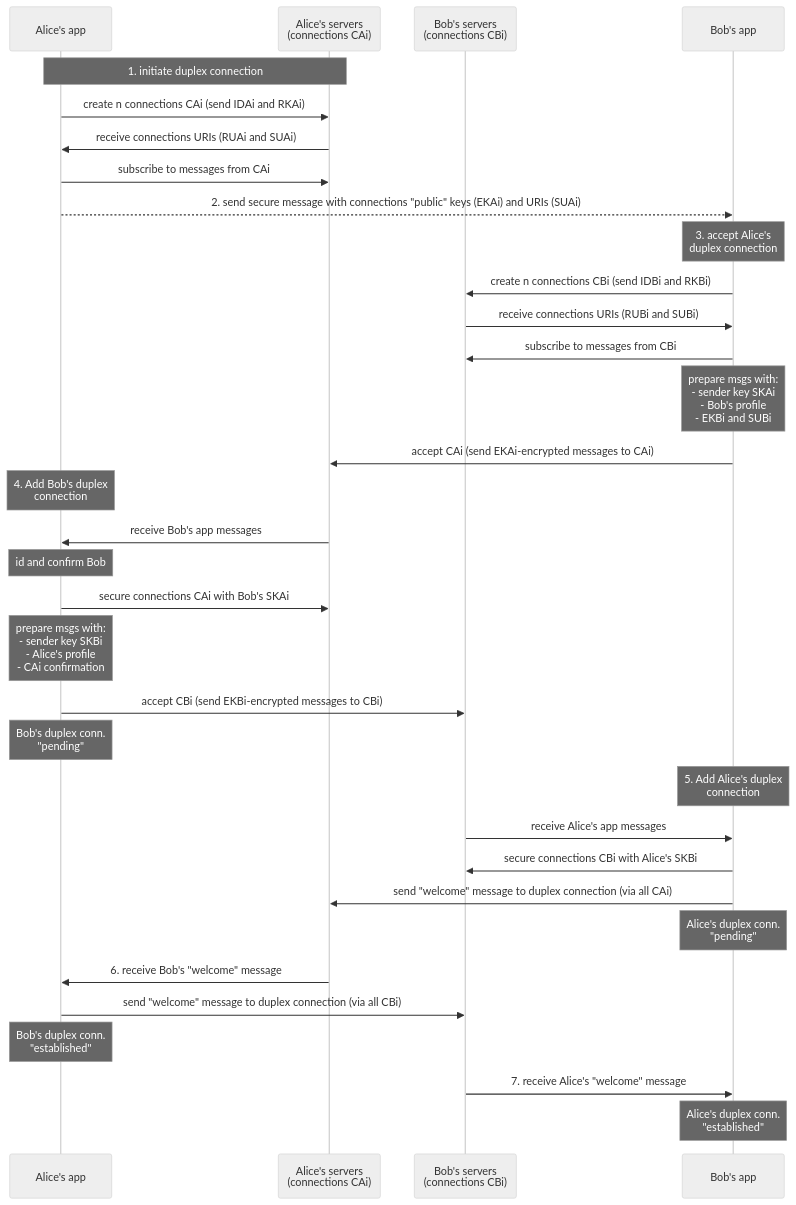
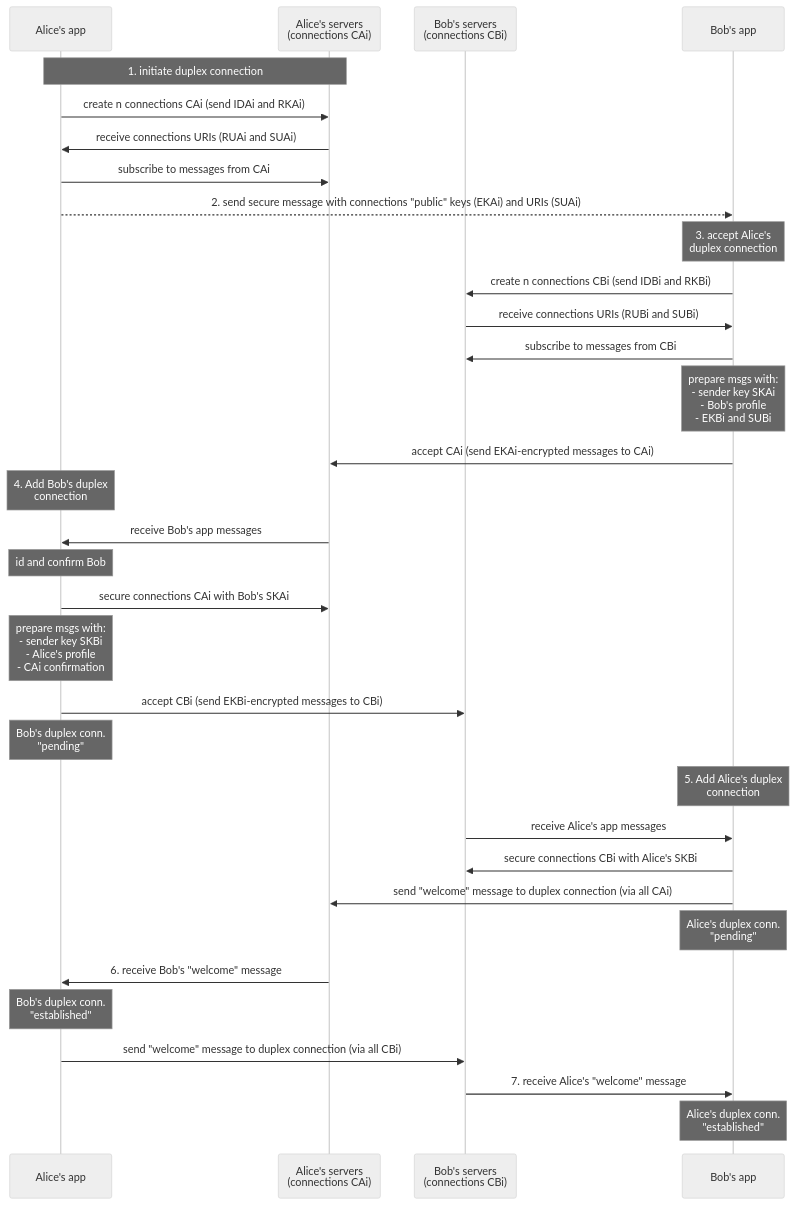
One commit to simplex-chat/simplex-chat changed the diagram in diagrams/graph-chat/duplex-creating.mmd. Above: the diagram before and after it, drawn with Mermaid (neutral theme). The commit also changed other lines of this file and 3 other files, not shown here.

```diff
--- a/diagrams/graph-chat/duplex-creating.mmd
+++ b/diagrams/graph-chat/duplex-creating.mmd
@@ -1,40 +1,40 @@
 sequenceDiagram
   participant A as Alice's app
   participant SA as Alice's servers <br> (connections CAi)
   participant SB as Bob's servers <br> (connections CBi)
   participant B as Bob's app
 
   note over A, SA: 1. initiate duplex connection
   A ->> SA: create n connections CAi (send IDAi and RKAi)
   SA ->> A: receive connections URIs (RUAi and SUAi)
   A ->> SA: subscribe to messages from CAi
 
   A -->> B: 2. send secure message with connections "public" keys (EKAi) and URIs (SUAi)
 
   note over B: 3. accept Alice's <br> duplex connection
   B ->> SB: create n connections CBi (send IDBi and RKBi)
   SB ->> B: receive connections URIs (RUBi and SUBi)
   B ->> SB: subscribe to messages from CBi
   note over B: prepare msgs with: <br> - sender key SKAi <br> - Bob's profile <br> - EKBi and SUBi
   B ->> SA: accept CAi (send EKAi-encrypted messages to CAi)
 
   note over A: 4. Add Bob's duplex <br> connection
   SA ->> A: receive Bob's app messages
   note over A: id and confirm Bob
   A ->> SA: secure connections CAi with Bob's SKAi
   note over A: prepare msgs with: <br> - sender key SKBi <br> - Alice's profile <br> - CAi confirmation
   A ->> SB: accept CBi (send EKBi-encrypted messages to CBi)
   note over A: Bob's duplex conn. <br> "pending"
 
   note over B: 5. Add Alice's duplex <br> connection
   SB ->> B: receive Alice's app messages
   B ->> SB: secure connections CBi with Alice's SKBi
   B ->> SA: send "welcome" message to duplex connection (via all CAi)
   note over B: Alice's duplex conn. <br> "pending"
 
   SA ->> A: 6. receive Bob's "welcome" message
+  note over A: Bob's duplex conn. <br> "established"
   A ->> SB: send "welcome" message to duplex connection (via all CBi)
-  note over A: Bob's duplex conn. <br> "established"
 
   SB ->> B: 7. receive Alice's "welcome" message
   note over B: Alice's duplex conn. <br> "established"
```
